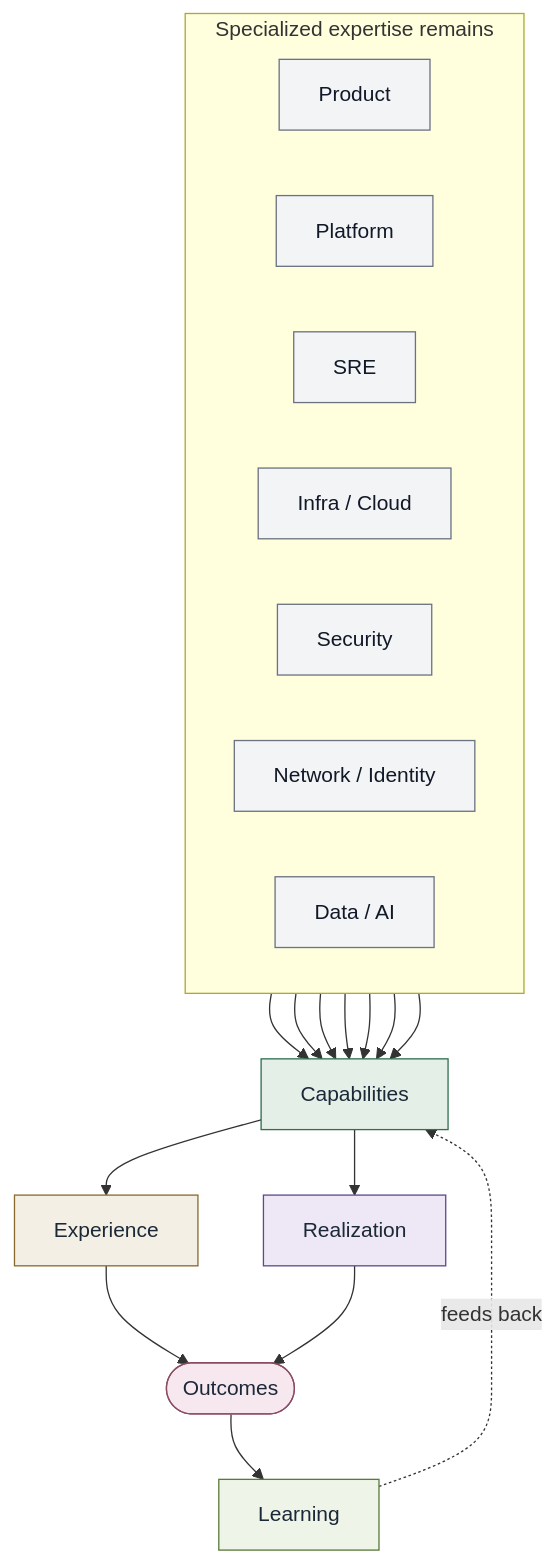
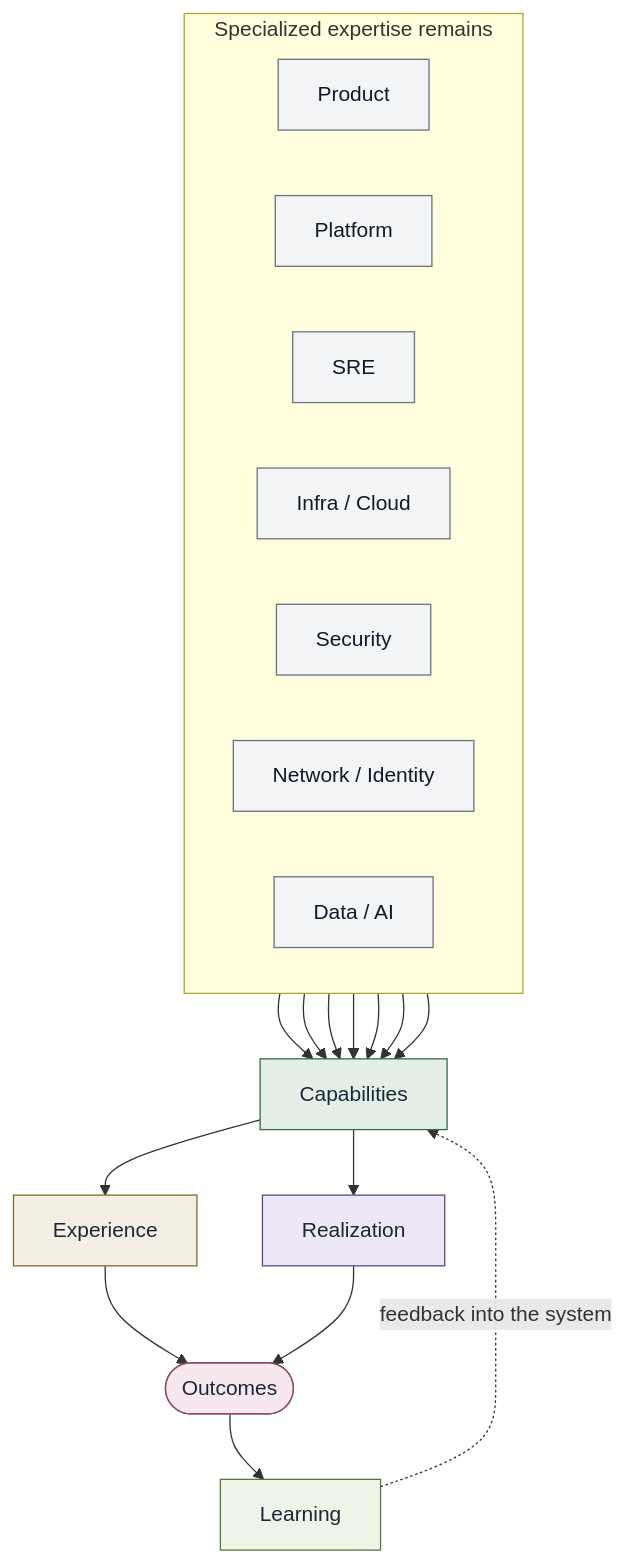
Before and after one commit to opsdevcode/convergence: the diagram in diagrams/converged-engineering-model.md, drawn with Mermaid. The commit also changed 24 other files, not shown here.

````diff
--- a/diagrams/converged-engineering-model.md
+++ b/diagrams/converged-engineering-model.md
@@ -6,40 +6,41 @@
 ```mermaid
 flowchart TB
   subgraph specialties["Specialized expertise remains"]
     direction LR
     Product["Product"]:::team
     Platform["Platform"]:::team
     SRE["SRE"]:::team
     Infra["Infra / Cloud"]:::team
     Sec["Security"]:::team
     Net["Network / Identity"]:::team
     DataAI["Data / AI"]:::team
   end
 
   Caps["Capabilities"]:::cap
   Exp["Experience"]:::exp
   Real["Realization"]:::real
   Out(["Outcomes"]):::out
   Learn["Learning"]:::learn
 
   Product --> Caps
   Platform --> Caps
   SRE --> Caps
   Infra --> Caps
   Sec --> Caps
   Net --> Caps
   DataAI --> Caps
   Caps --> Exp
   Caps --> Real
   Exp --> Out
   Real --> Out
   Out --> Learn
-  Learn -.->|feeds back| Caps
+  Learn -.->|feedback into the system| Caps
 
-  classDef team fill:#F3F4F6,stroke:#6B7280,color:#111827
+  classDef intent fill:#E8EEF6,stroke:#3D5A80,color:#1B2838
   classDef cap fill:#E4EFE7,stroke:#2F6F4E,color:#1B2838
   classDef exp fill:#F4EFE4,stroke:#8A6A2F,color:#1B2838
   classDef real fill:#EEE8F6,stroke:#5B4B8A,color:#1B2838
   classDef out fill:#F6E8EE,stroke:#8A4B63,color:#1B2838
   classDef learn fill:#EEF4E8,stroke:#5A7A3A,color:#1B2838
+  classDef team fill:#F3F4F6,stroke:#6B7280,color:#111827
 ```
````
